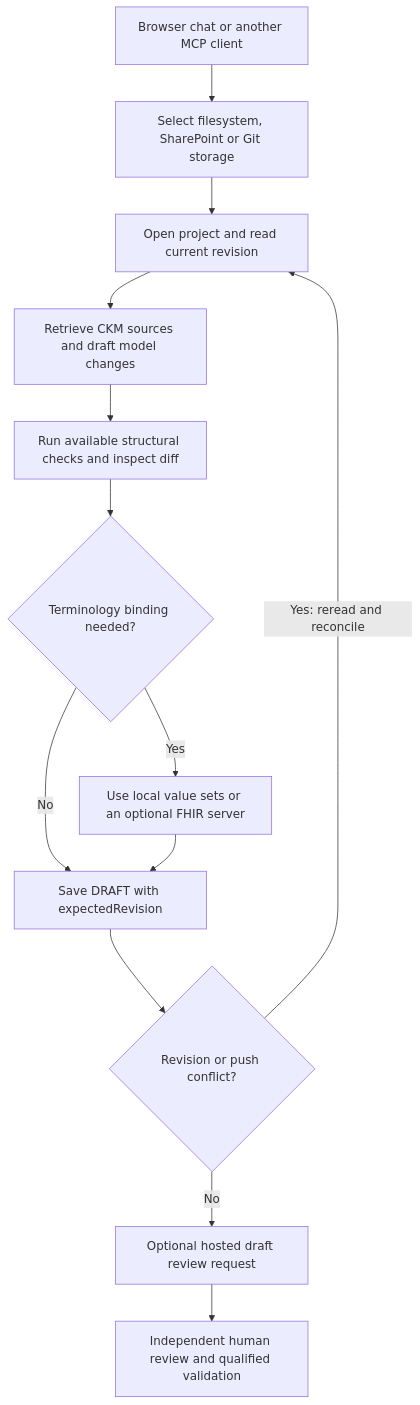
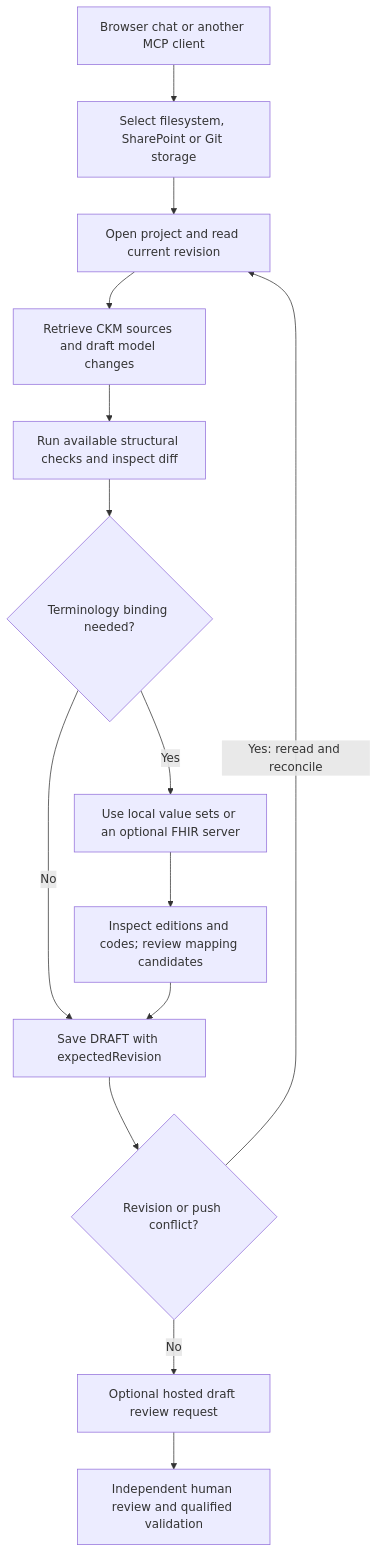
The second of 2 diagrams in README.md (CzarMich/openehr-modelling-assistant), drawn with Mermaid before and after one commit. The commit also changed other lines of this file and 46 other files, not shown here.

````diff
--- a/README.md
+++ b/README.md
@@ -117,14 +118,15 @@
 ```mermaid
 flowchart TD
     Chat[Browser chat or another MCP client] --> P[Select filesystem, SharePoint or Git storage] --> R[Open project and read current revision]
     R --> D[Retrieve CKM sources and draft model changes]
     D --> V[Run available structural checks and inspect diff]
     V --> T{Terminology binding needed?}
     T -->|No| S[Save DRAFT with expectedRevision]
     T -->|Yes| B[Use local value sets or an optional FHIR server]
-    B --> S
+    B --> TB[Inspect editions and codes; review mapping candidates]
+    TB --> S
     S --> C{Revision or push conflict?}
     C -->|Yes: reread and reconcile| R
     C -->|No| PR[Optional hosted draft review request]
     PR --> H[Independent human review and qualified validation]
 ```
````
